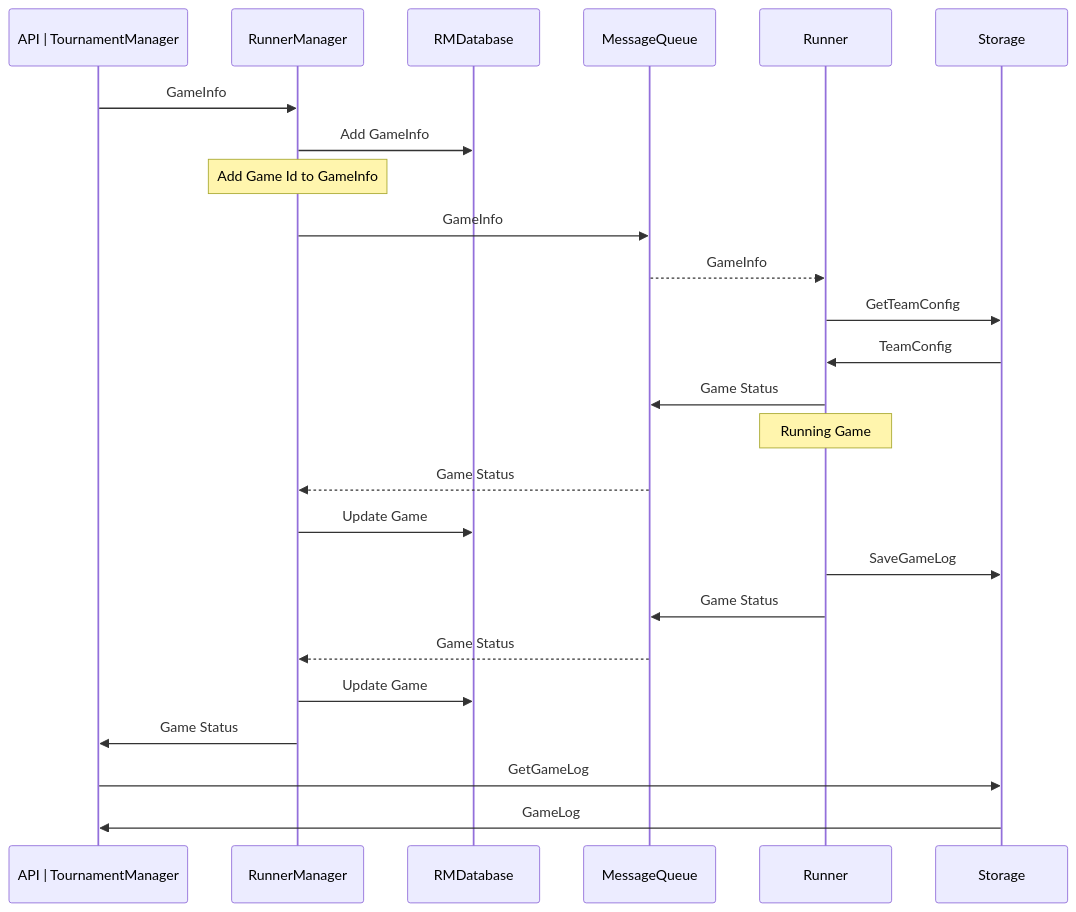
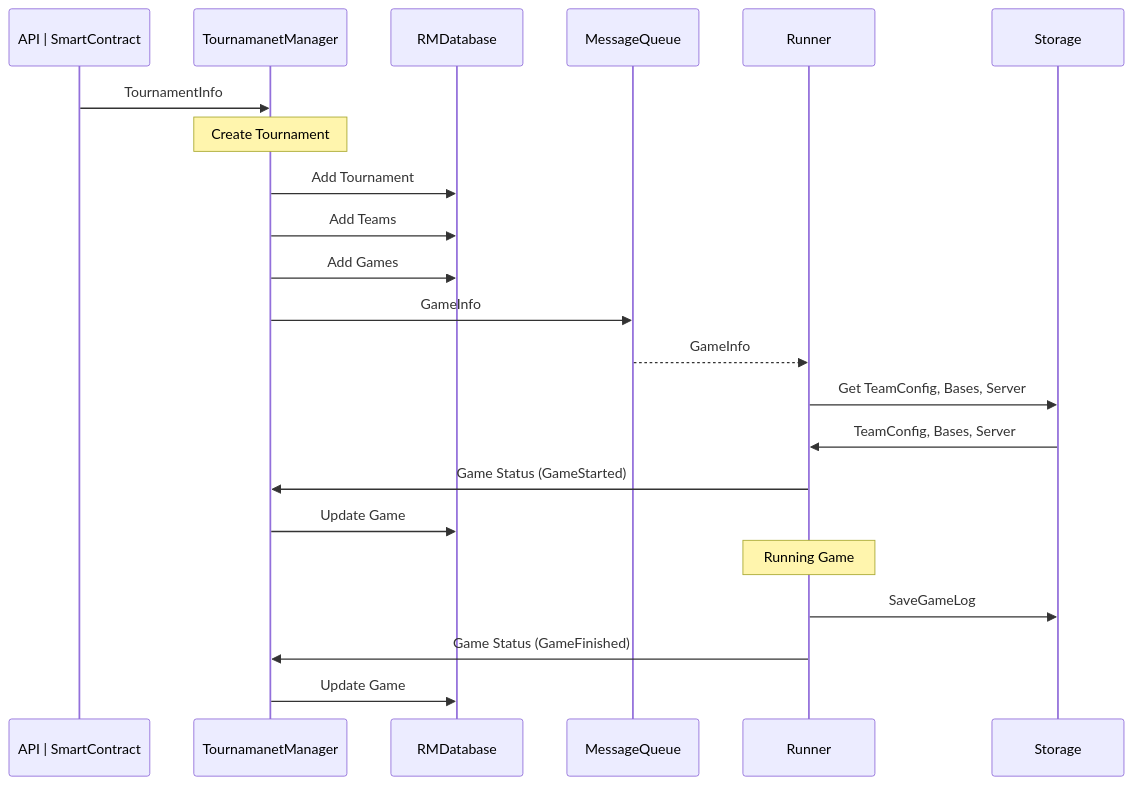
Before and after one commit to RCSS-Tournament-Manager/foxsy-tournament-manager: the second of 2 diagrams in readme.md, drawn with Mermaid. The commit also changed other lines of this file and 2 other files, not shown here.

````diff
--- a/readme.md
+++ b/readme.md
@@ -34,27 +33,24 @@
 ```mermaid
 sequenceDiagram
-    participant A as API | TournamentManager
-    participant RM as RunnerManager
+    participant A as API | SmartContract
+    participant TM as TournamanetManager
     participant RMDB as RMDatabase
     participant MQ as MessageQueue
     participant R as Runner
     participant S as Storage
-    A->>RM: GameInfo
-    RM->>RMDB: Add GameInfo
-    Note over RM: Add Game Id to GameInfo
-    RM->>MQ: GameInfo
+    A->>TM: TournamentInfo
+    Note over TM: Create Tournament
+    TM->>RMDB: Add Tournament
+    TM->>RMDB: Add Teams
+    TM->>RMDB: Add Games
+    TM->>MQ: GameInfo
     MQ-->>R: GameInfo
-    R->>S: GetTeamConfig
-    S->>R: TeamConfig
-    R->>MQ: Game Status
+    R->>S: Get TeamConfig, Bases, Server
+    S->>R: TeamConfig, Bases, Server
+    R->>TM: Game Status (GameStarted)
+    TM->>RMDB: Update Game
     Note over R: Running Game
-    MQ-->>RM: Game Status
-    RM->>RMDB: Update Game
     R->>S: SaveGameLog
-    R->>MQ: Game Status
-    MQ-->>RM: Game Status
-    RM->>RMDB: Update Game
-    RM->>A: Game Status
-    A->>S: GetGameLog
-    S->>A: GameLog
+    R->>TM: Game Status (GameFinished)
+    TM->>RMDB: Update Game
 ```
````
